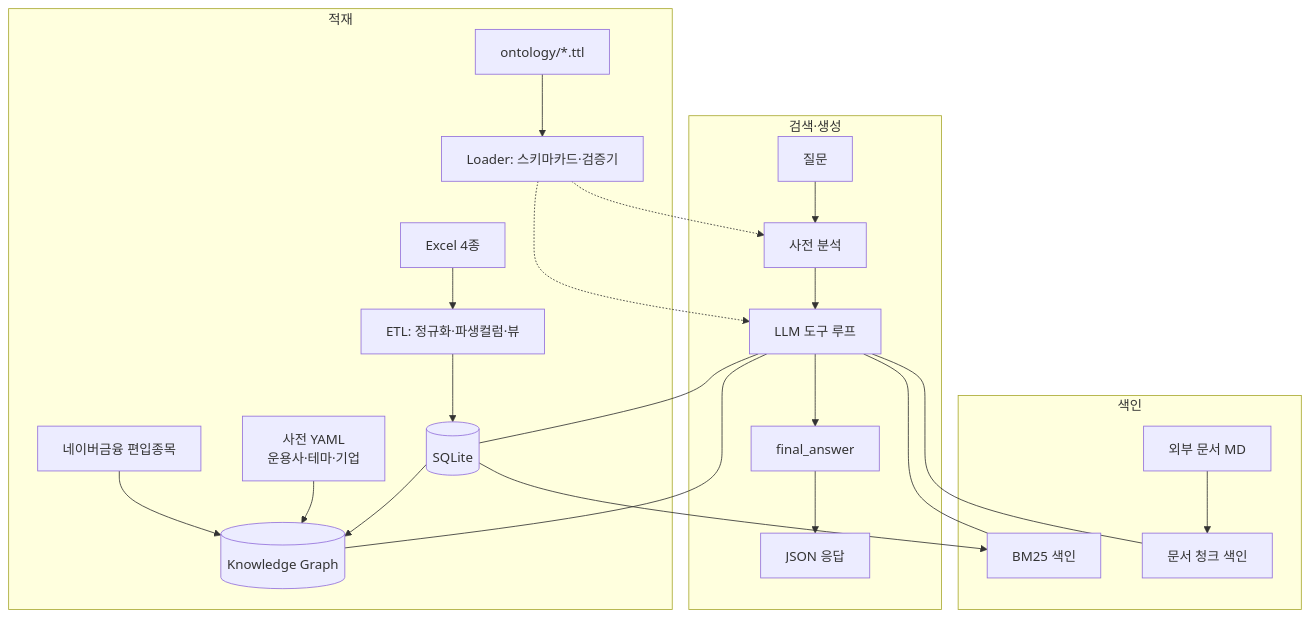
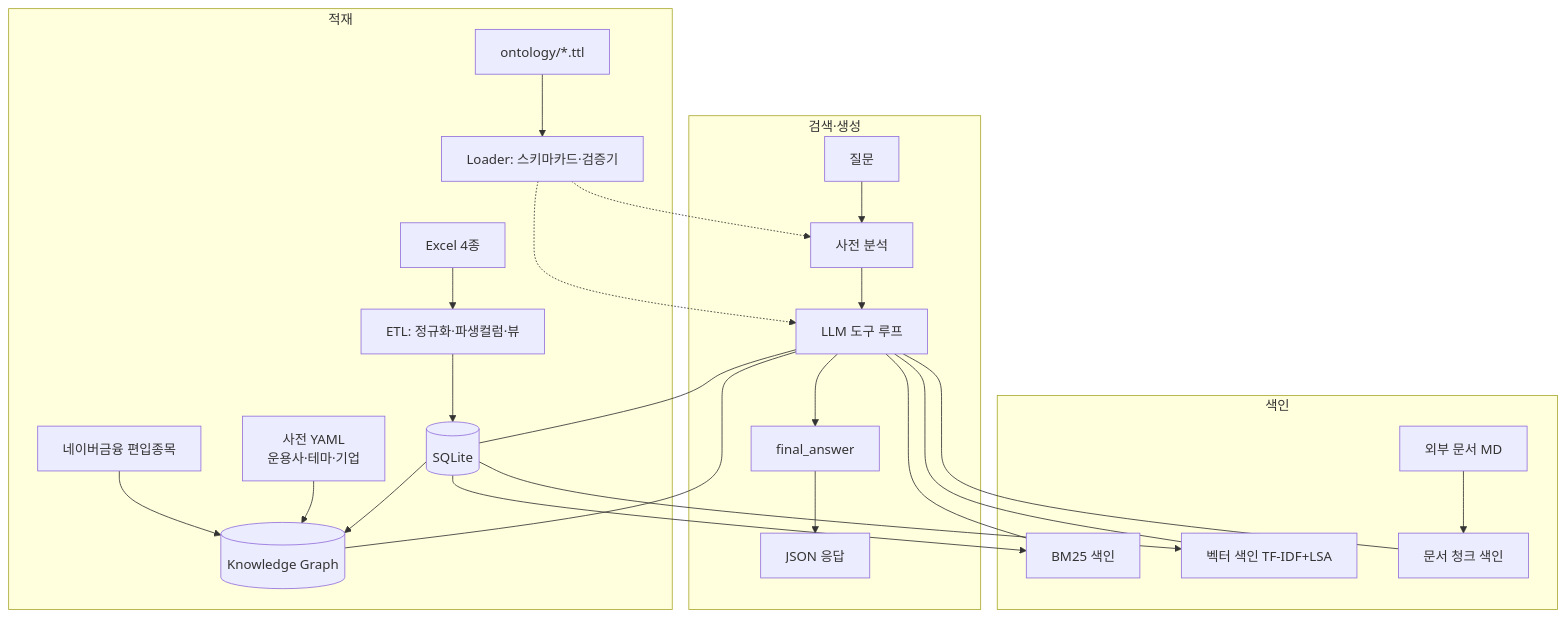
The first of 2 diagrams in docs/proposal_outline.md (heon-1219/tradingDecisionAgent), drawn with Mermaid before and after one commit. The commit also changed other lines of this file and 15 other files, not shown here.

First line of the commit message:
feat: vector index (RDB+Vector+Graph) and ontology inference materialization

````diff
--- a/docs/proposal_outline.md
+++ b/docs/proposal_outline.md
@@ -16,19 +18,20 @@
 ```mermaid
 flowchart TB
     subgraph Ingest[적재]
       X[Excel 4종] --> E[ETL: 정규화·파생컬럼·뷰] --> S[(SQLite)]
       C[네이버금융 편입종목] --> K
       Y[사전 YAML<br/>운용사·테마·기업] --> K
       T[ontology/*.ttl] --> L[Loader: 스키마카드·검증기]
     end
     subgraph Index[색인]
       S --> B[BM25 색인]
+      S --> VEC[벡터 색인 TF-IDF+LSA]
       S --> K[(Knowledge Graph)]
       M[외부 문서 MD] --> D[문서 청크 색인]
     end
     subgraph Serve[검색·생성]
       Q[질문] --> P[사전 분석] --> A[LLM 도구 루프] --> F[final_answer] --> J[JSON 응답]
-      A --- S & K & B & D
+      A --- S & K & B & VEC & D
       L -.-> P & A
     end
 ```
````
